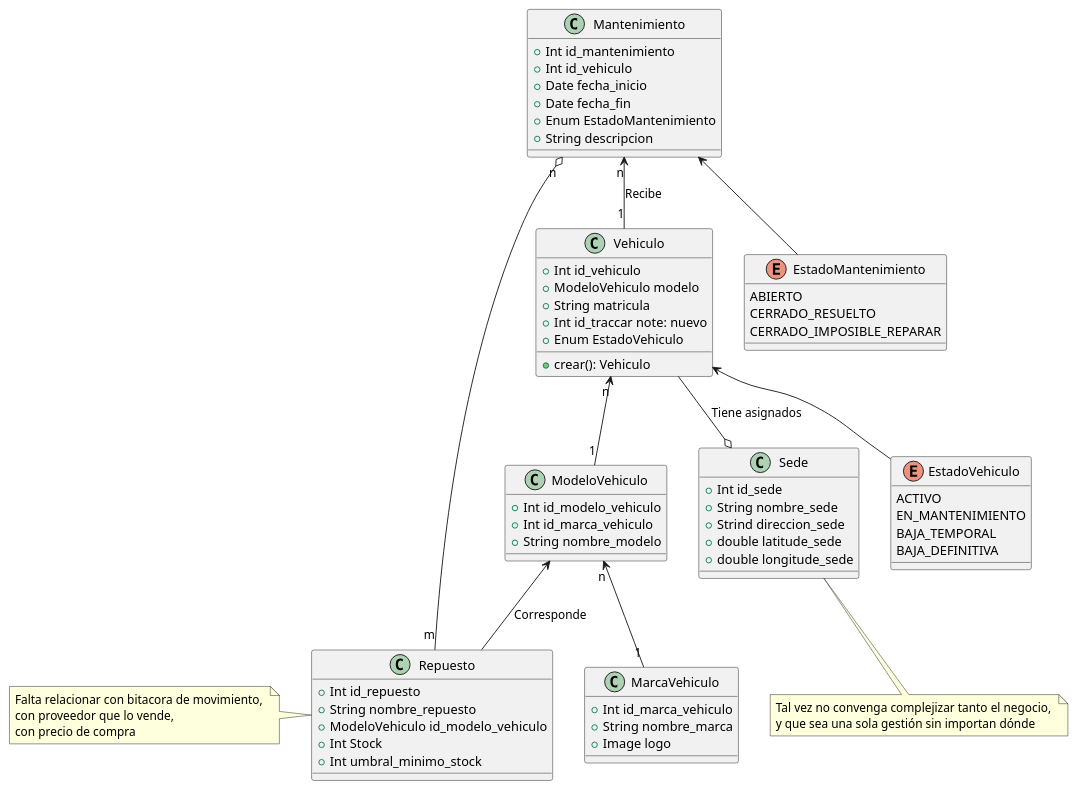
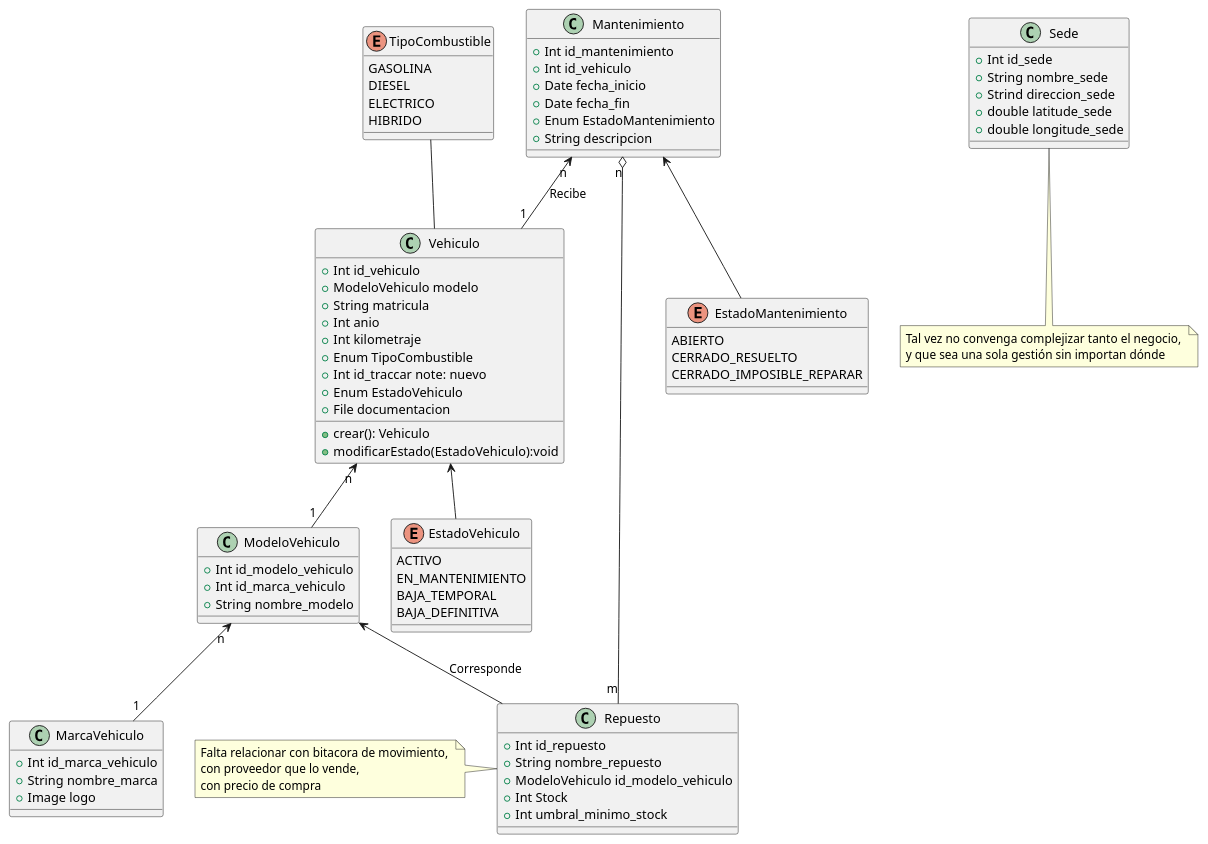
The diagram in De Entidad.puml (Grupo-4-LCS-UNGS/diagramas), drawn with PlantUML before and after one commit.

Commit message:
Correciones en vehiculo

```diff
--- a/De Entidad.puml
+++ b/De Entidad.puml
@@ -1,88 +1,100 @@
 @startuml
 
 class Vehiculo {
   + Int id_vehiculo
   + ModeloVehiculo modelo
   + String matricula
+  + Int anio
+  + Int kilometraje
+  + Enum TipoCombustible
   + Int id_traccar note: nuevo
   + Enum EstadoVehiculo
+  + File documentacion
   + crear(): Vehiculo
+  + modificarEstado(EstadoVehiculo):void
 
+}
+
+TipoCombustible -- Vehiculo
+
+enum TipoCombustible {
+  GASOLINA
+  DIESEL
+  ELECTRICO
+  HIBRIDO
 }
 
 enum EstadoVehiculo {
   ACTIVO
   EN_MANTENIMIENTO
   BAJA_TEMPORAL
   BAJA_DEFINITIVA
-
 }
 
 class Sede {
   + Int id_sede
   + String nombre_sede
   + Strind direccion_sede
   + double latitude_sede
   + double longitude_sede
 }
 
 note bottom of  Sede: Tal vez no convenga complejizar tanto el negocio, \ny que sea una sola gestión sin importan dónde 
 
 
-Vehiculo --o Sede: Tiene asignados
 ModeloVehiculo "n" <-- "1" MarcaVehiculo
 Vehiculo "n" <-- "1" ModeloVehiculo
 Vehiculo <-- EstadoVehiculo
 
 
 class MarcaVehiculo {
   + Int id_marca_vehiculo
   + String nombre_marca
   + Image logo
 }
 
 class ModeloVehiculo {
   + Int id_modelo_vehiculo
   + Int id_marca_vehiculo
   + String nombre_modelo
 }
 
 
 Mantenimiento "n" <-- "1" Vehiculo: Recibe
 Mantenimiento <-- EstadoMantenimiento
 Mantenimiento "n" o-- "m" Repuesto
 
 
 class Mantenimiento {
   + Int id_mantenimiento
   + Int id_vehiculo
   + Date fecha_inicio
   + Date fecha_fin
   + Enum EstadoMantenimiento
   + String descripcion 
 }
 
 
 
 class Repuesto {
   + Int id_repuesto
   + String nombre_repuesto
   + ModeloVehiculo id_modelo_vehiculo
   + Int Stock
   + Int umbral_minimo_stock
 }
 
 note left of Repuesto: Falta relacionar con bitacora de movimiento, \ncon proveedor que lo vende, \ncon precio de compra
 
 ModeloVehiculo <-- Repuesto: Corresponde
 
 
 
 enum EstadoMantenimiento {
   ABIERTO
   CERRADO_RESUELTO
   CERRADO_IMPOSIBLE_REPARAR
 }
 
 
 @enduml
```
